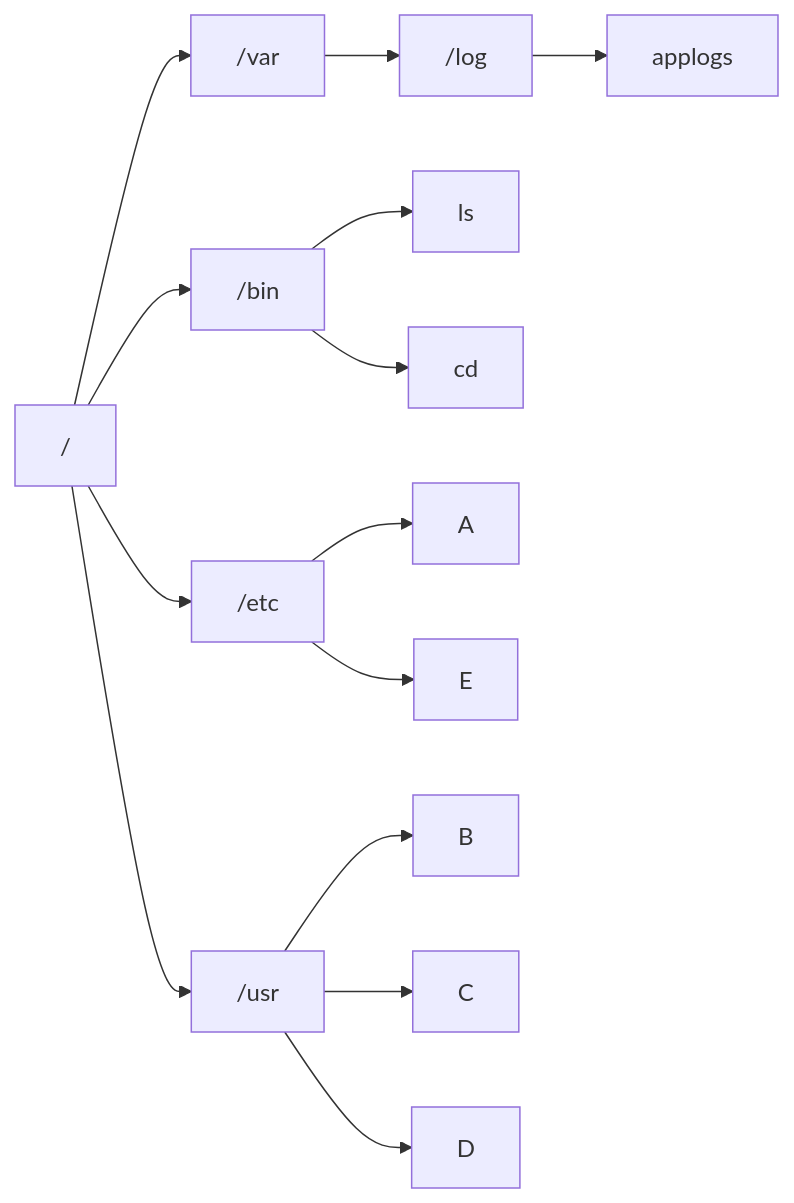
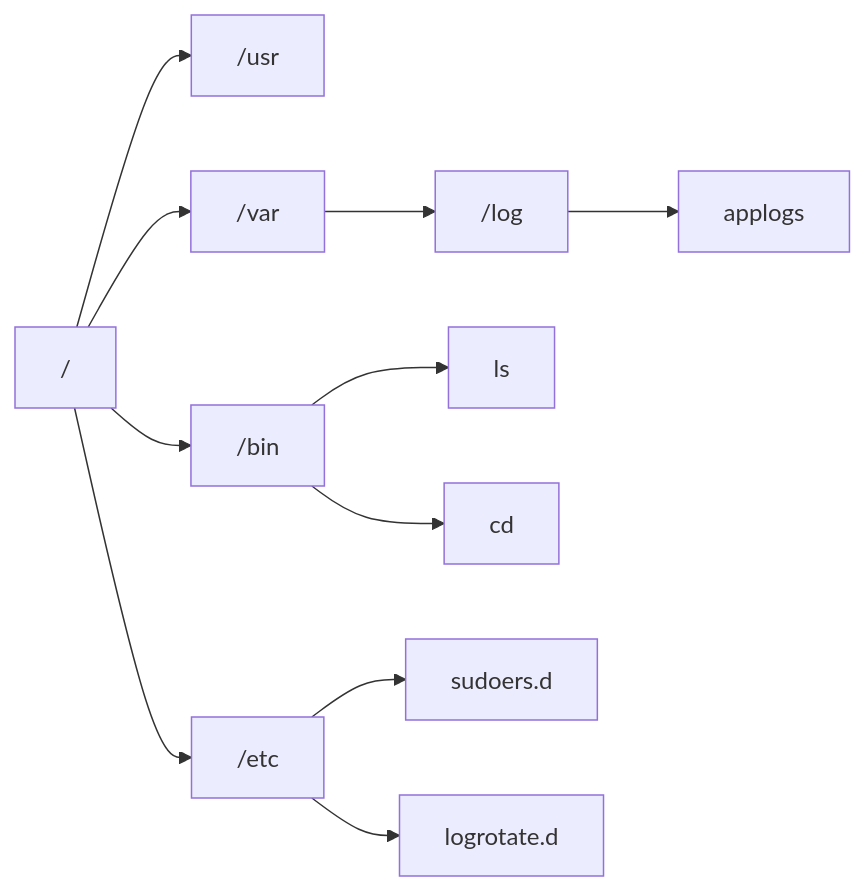
One commit to blanco-pipelines/plat-eng changed the diagram in labs/1.1-file-navigation.md. Above: the diagram before and after it, drawn with Mermaid.

Commit message:
Update file navigation details in documentation

````diff
--- a/labs/1.1-file-navigation.md
+++ b/labs/1.1-file-navigation.md
@@ -135,11 +135,11 @@
    ```mermaid
    graph LR;
        /--> /usr & /bin & /var & /etc
        /var --> /log
        /log --> applogs
        /bin--> ls & cd
-       /etc--> A & E
-       /usr--> B & C & D
+       /etc--> sudoers.d & logrotate.d
+       
 
 
    ```
````
